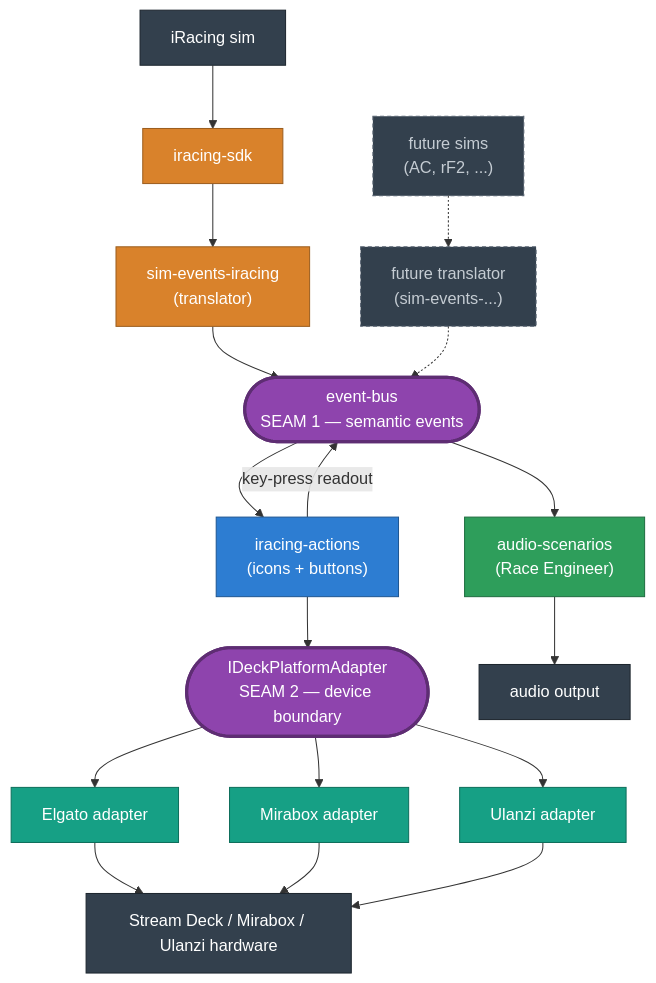
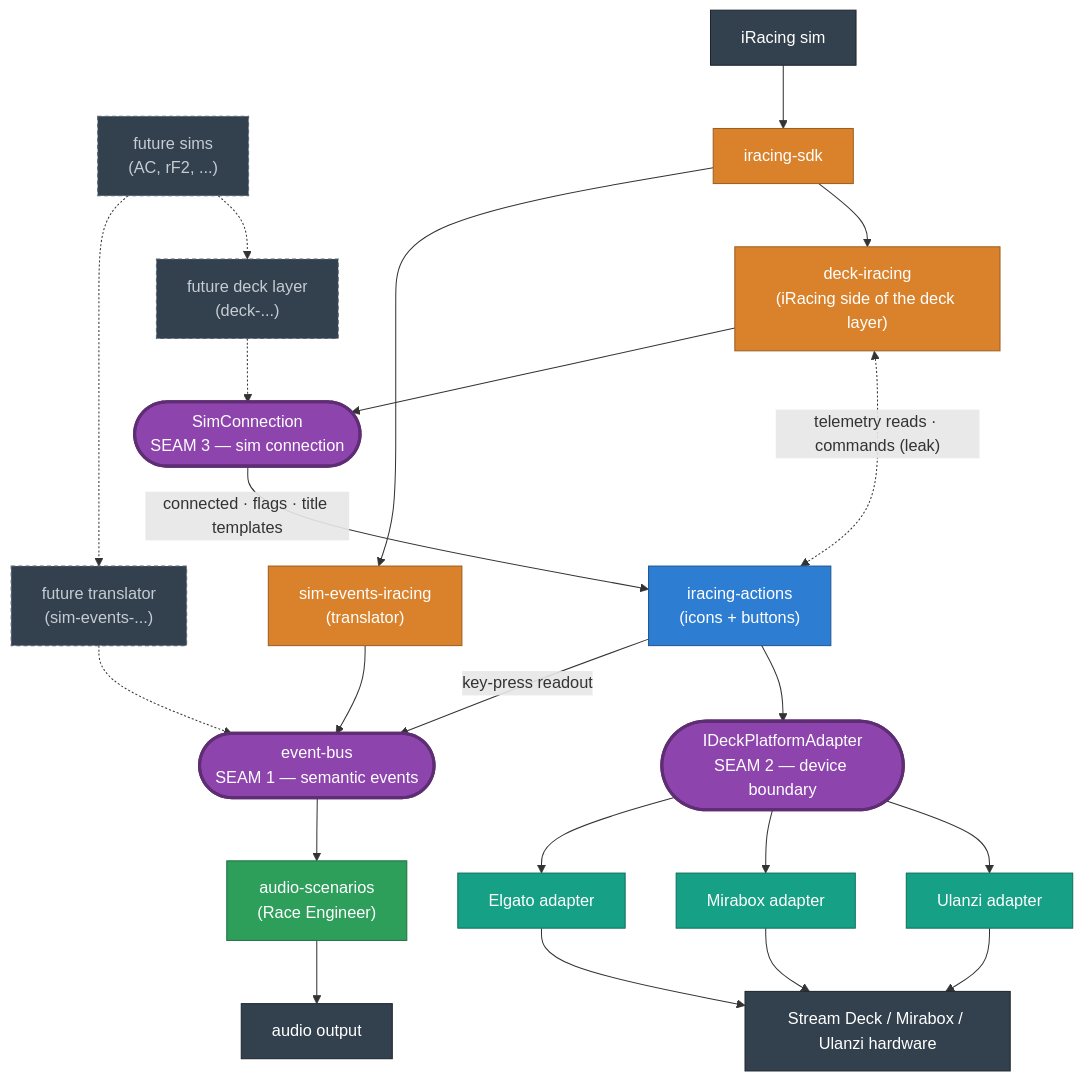
The first of 8 diagrams in packages/website/src/content/docs/docs/development/architecture.md (niklam/iracedeck), drawn with Mermaid before and after one commit. The commit also changed other lines of this file and 133 other files, not shown here.

First line of the commit message:
refactor(deck-iracing): put iRacing behind a sim-connection seam (#1363) (#1368)

````diff
--- a/packages/website/src/content/docs/docs/development/architecture.md
+++ b/packages/website/src/content/docs/docs/development/architecture.md
@@ -12,42 +12,50 @@
 ```mermaid
 flowchart TB
   ir["iRacing sim"]:::ext
   future["future sims<br/>(AC, rF2, ...)"]:::ghost
   futureTrans["future translator<br/>(sim-events-...)"]:::ghost
+  futureDeck["future deck layer<br/>(deck-...)"]:::ghost
   sdk["iracing-sdk"]:::sim
   trans["sim-events-iracing<br/>(translator)"]:::sim
   bus(["event-bus<br/>SEAM 1 — semantic events"]):::seam
+  deckir["deck-iracing<br/>(iRacing side of the deck layer)"]:::sim
+  simconn(["SimConnection<br/>SEAM 3 — sim connection"]):::seam
   actions["iracing-actions<br/>(icons + buttons)"]:::core
   re["audio-scenarios<br/>(Race Engineer)"]:::audio
   adapter(["IDeckPlatformAdapter<br/>SEAM 2 — device boundary"]):::seam
   elg["Elgato adapter"]:::adp
   mir["Mirabox adapter"]:::adp
   ula["Ulanzi adapter"]:::adp
   deck["Stream Deck / Mirabox / Ulanzi hardware"]:::ext
   spk["audio output"]:::ext
 
   ir --> sdk
   sdk --> trans
   trans --> bus
+  sdk --> deckir
+  deckir --> simconn
+  simconn -->|"connected · flags · title templates"| actions
+  deckir <-.->|"telemetry reads · commands (leak)"| actions
   future -.-> futureTrans
   futureTrans -.-> bus
-  bus --> actions
+  future -.-> futureDeck
+  futureDeck -.-> simconn
   actions -->|"key-press readout"| bus
   bus --> re
   actions --> adapter
   adapter --> elg
   adapter --> mir
   adapter --> ula
   elg --> deck
   mir --> deck
   ula --> deck
   re --> spk
 
   classDef ext fill:#33404d,color:#fff,stroke:#1d262e;
   classDef ghost fill:#33404d,color:#c5ccd3,stroke:#5a6573,stroke-dasharray:4 3;
   classDef sim fill:#d9822b,color:#fff,stroke:#9c5e1f;
   classDef seam fill:#8e44ad,color:#fff,stroke:#5e2d73,stroke-width:3px;
   classDef core fill:#2d7dd2,color:#fff,stroke:#1f5793;
   classDef audio fill:#2e9e5b,color:#fff,stroke:#1f6e40;
   classDef adp fill:#16a085,color:#fff,stroke:#0e6f5c;
 ```
````
